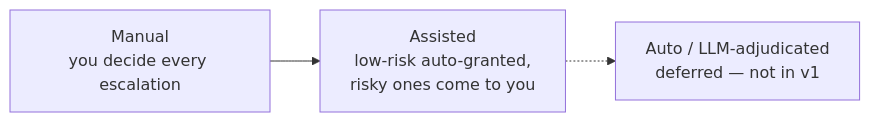
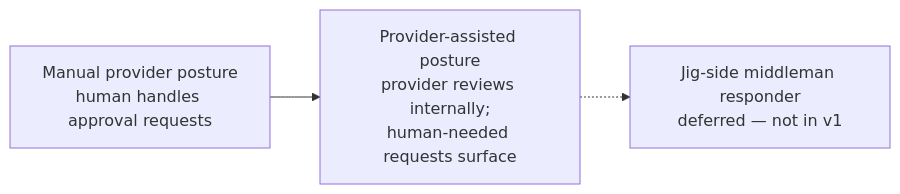
Before and after one commit to agentic-workflow-kit/jig: the diagram in docs/product/guarantees.md, drawn with Mermaid. The commit also changed other lines of this file and 23 other files, not shown here.

First line of the commit message:
docs: complete Jig product and architecture readiness (#88)

````diff
--- a/docs/product/guarantees.md
+++ b/docs/product/guarantees.md
@@ -152,5 +172,5 @@
 ```mermaid
 flowchart LR
-    M["Manual<br/>you decide every escalation"] --> A["Assisted<br/>low-risk auto-granted,<br/>risky ones come to you"]
-    A -.-> X["Auto / LLM-adjudicated<br/>deferred — not in v1"]
+    M["Manual provider posture<br/>human handles approval requests"] --> A["Provider-assisted posture<br/>provider reviews internally;<br/>human-needed requests surface"]
+    A -.-> X["Jig-side middleman responder<br/>deferred — not in v1"]
 ```
````
